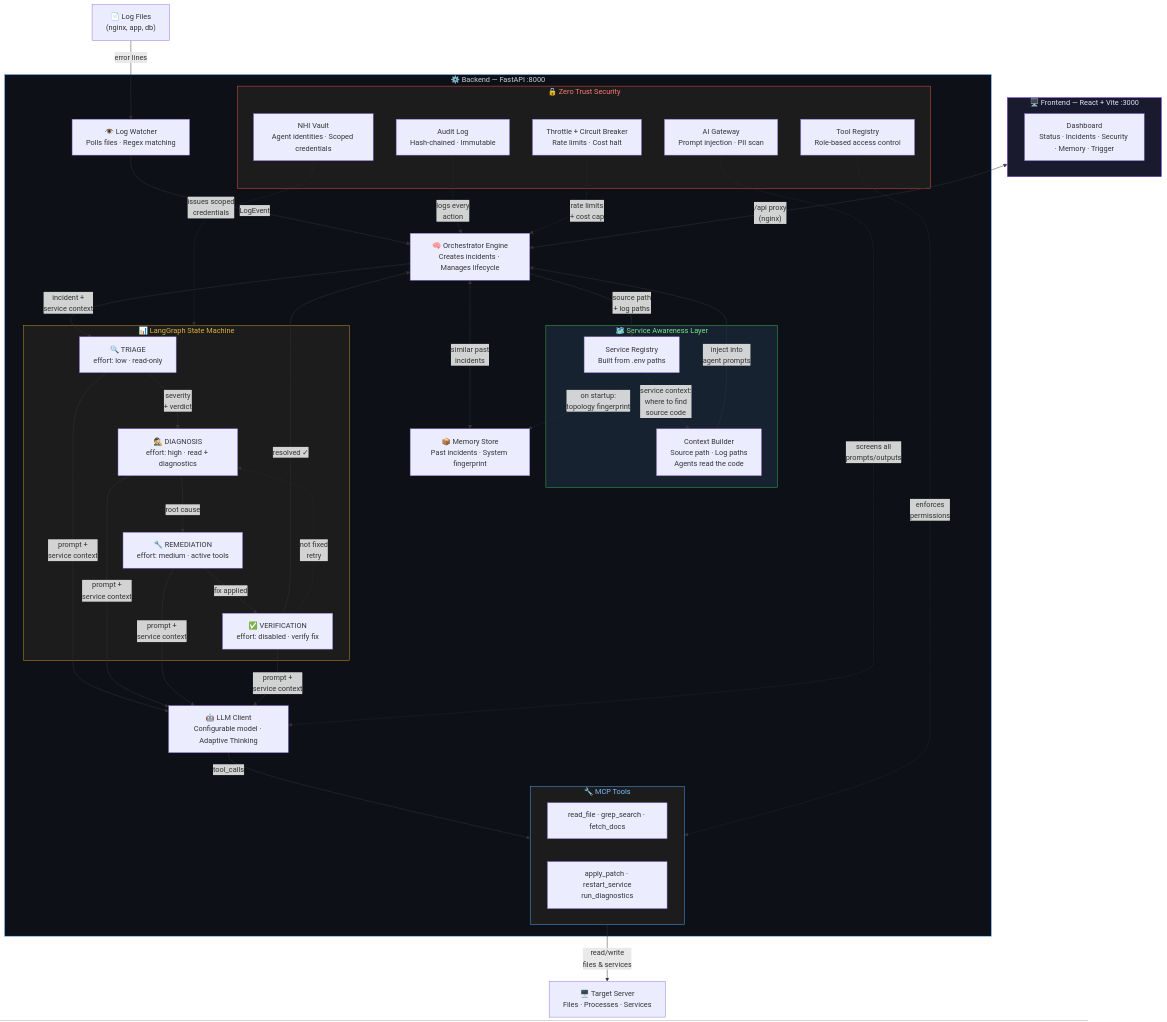
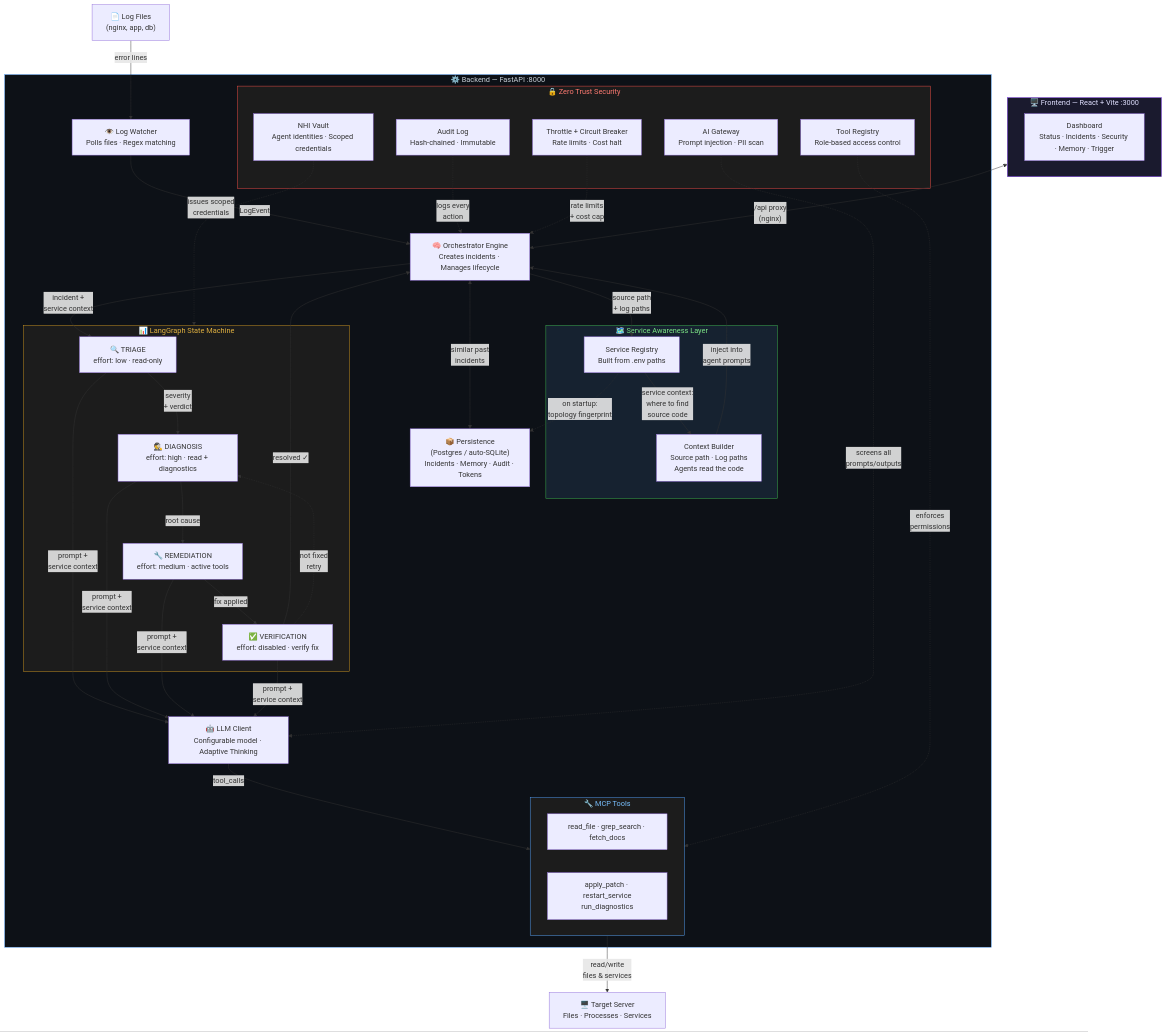
One commit to AdityaIndoori/Sentry changed the diagram in README.md. Above: the diagram before and after it, drawn with Mermaid. The commit also changed other lines of this file, not shown here.

Commit message:
docs: update mermaid architecture diagram + 'How It Works' step 3 (Memory Store -> Persistence)
The mermaid flowchart node labelled 'Memory Store - Past incidents - System fingerprint' was a pre-P3.4b relic. Since P3.4b the JSONMemoryStore has been removed and all persistent state (incidents, memory, audit log, API tokens) lives in Postgres via SQLAlchemy (or an auto-synthesised SQLite when DATABASE_URL is unset). Renamed the node to 'Persistence (Postgres / auto-SQLite)' and expanded the one-liner to list its four actual tables.

Also updated the prose 'How It Works -> step 3' in lockstep so the narrative matches the diagram.

The rest of the mermaid is still architecturally accurate (Frontend/Backend split, LangGraph 4-phase pipeline, MCP tool split by permission, Zero-Trust overlays). Left untouched.

```diff
--- a/README.md
+++ b/README.md
@@ -52,8 +52,9 @@
             ActiveTools["apply_patch · restart_service<br/>run_diagnostics"]
         end
 
-        %% Memory
-        Memory["📦 Memory Store<br/>Past incidents · System fingerprint"]
+        %% Persistence
+        Memory["📦 Persistence<br/>(Postgres / auto-SQLite)<br/>Incidents · Memory · Audit · Tokens"]
+
 
         %% Zero Trust
         subgraph ZeroTrust["🔒 Zero Trust Security"]
```
